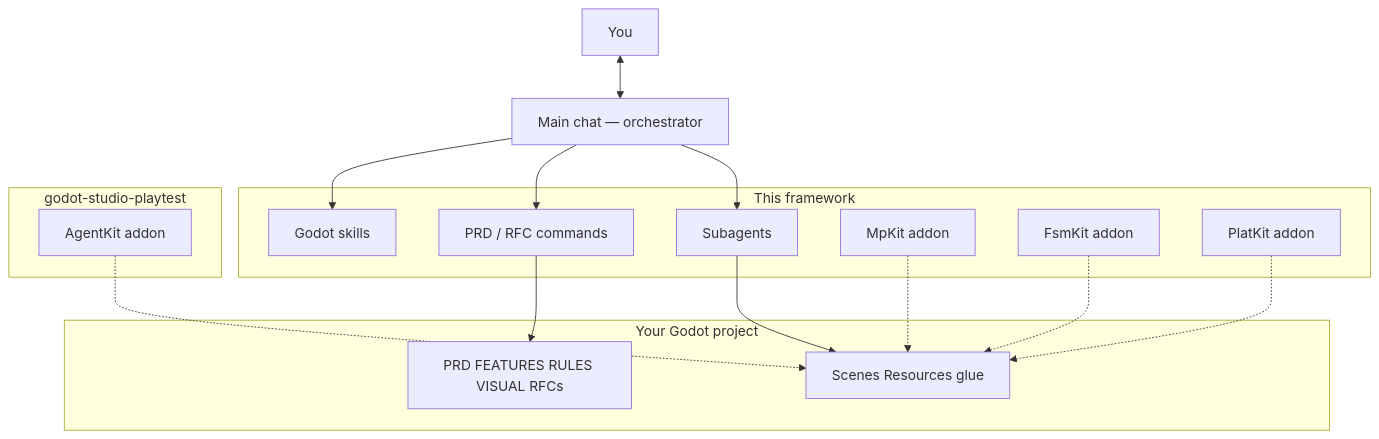
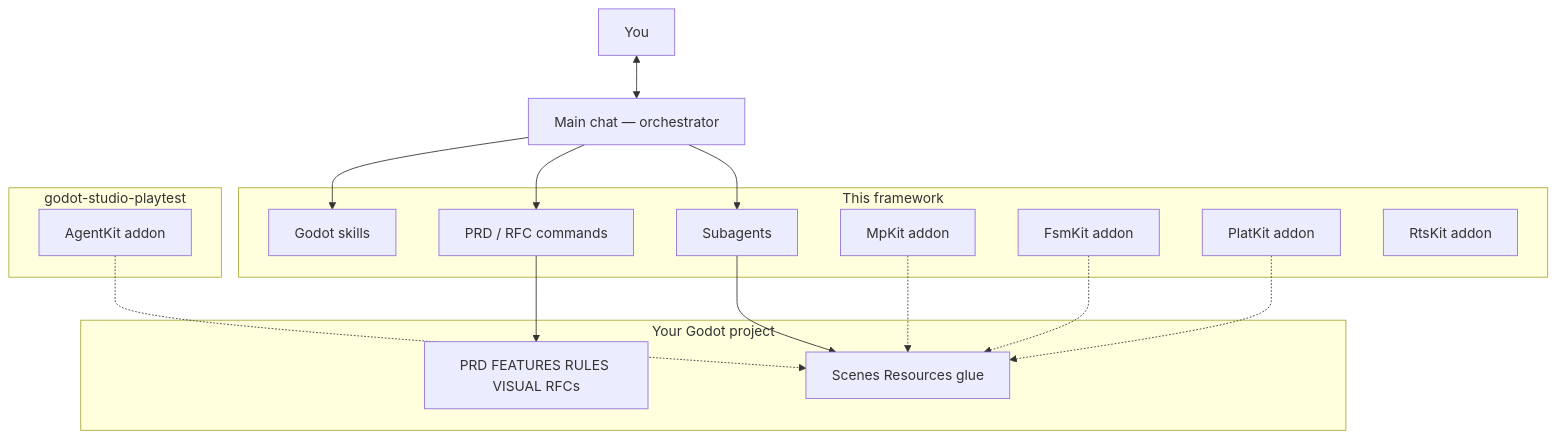
One commit to Joelnicolass/godot-studio-skills changed the first of 4 diagrams in docs/architecture.md. Above: the diagram before and after it, drawn with Mermaid. The commit also changed 147 other files, not shown here.

````diff
--- a/docs/architecture.md
+++ b/docs/architecture.md
@@ -9,35 +9,36 @@
 ```mermaid
 flowchart TB
   you[You]
   orch[Main chat — orchestrator]
 
   you <--> orch
 
   subgraph kit [This framework]
     skills[Godot skills]
     cmds[PRD / RFC commands]
     agents[Subagents]
     mpkit[MpKit addon]
     fsmkit[FsmKit addon]
     platkit[PlatKit addon]
+    rtskit[RtsKit addon]
   end
 
   subgraph playtest [godot-studio-playtest]
     agentkit[AgentKit addon]
   end
 
   subgraph game [Your Godot project]
     arts[PRD FEATURES RULES VISUAL RFCs]
     code[Scenes Resources glue]
   end
 
   orch --> skills
   orch --> cmds
   cmds --> arts
   orch --> agents
   agents --> code
   mpkit -.-> code
   agentkit -.-> code
   fsmkit -.-> code
   platkit -.-> code
 ```
````
